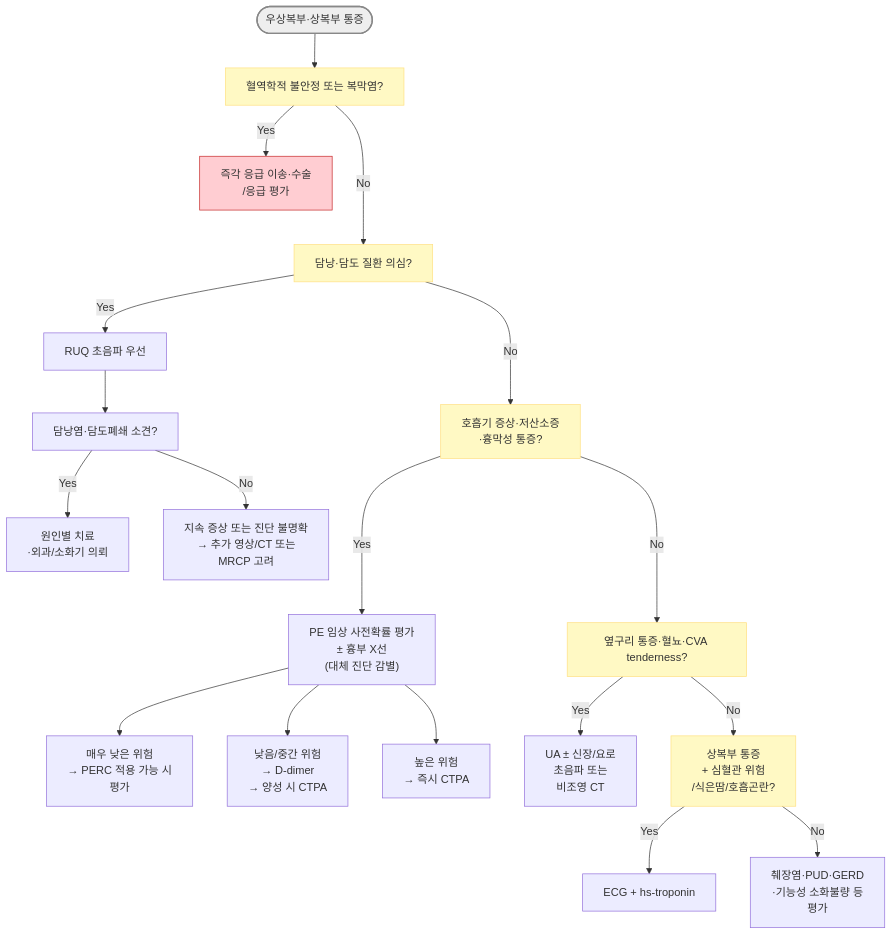
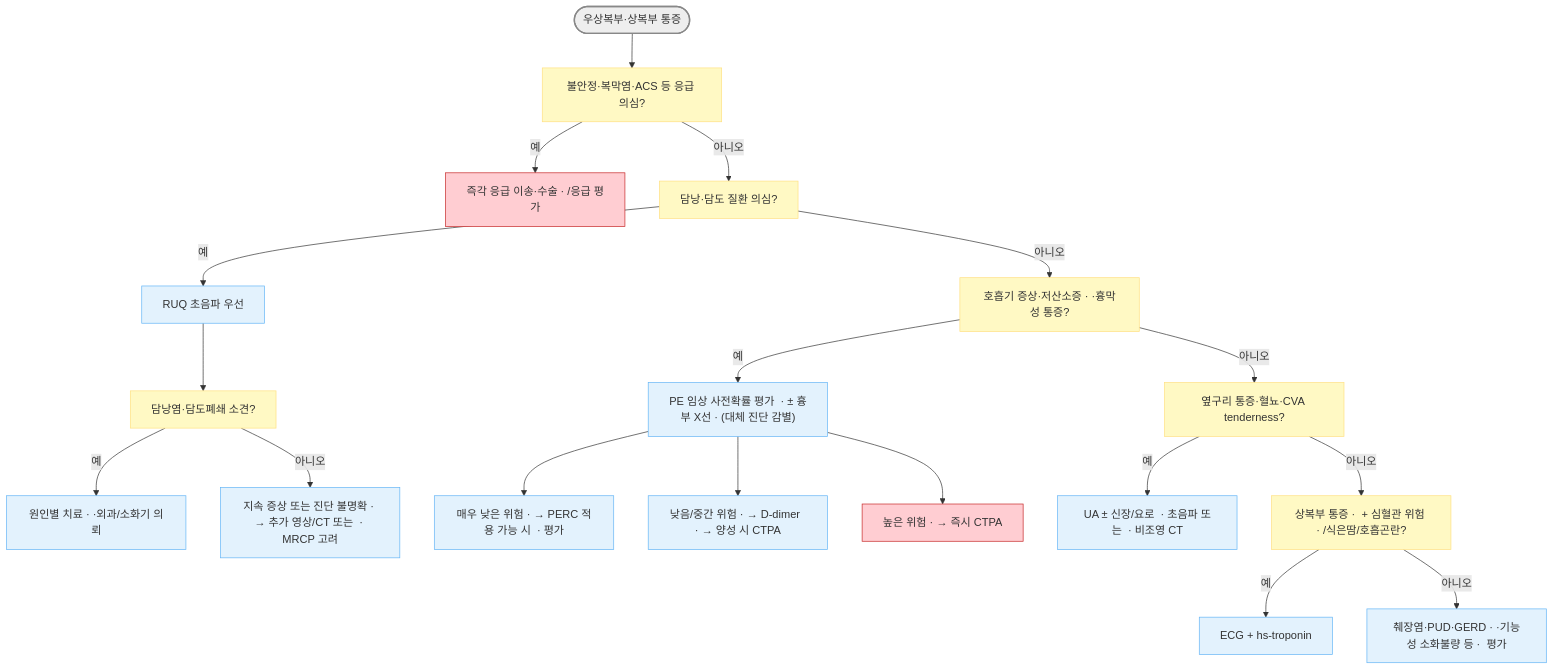
The first of 3 diagrams in 220_/003_-abdominal-pain.md (familyoh77/familyoh77), drawn with Mermaid before and after one commit. The commit also changed other lines of this file and 13 other files, not shown here.

````diff
--- a/220_/003_-abdominal-pain.md
+++ b/220_/003_-abdominal-pain.md
@@ -187,25 +190,28 @@
 ```mermaid
 flowchart TD
-    A([우상복부·상복부 통증]) --> B["혈역학적 불안정 또는 복막염?"]
-    B -- Yes --> C["즉각 응급 이송·수술<br>/응급 평가"]
-    B -- No ---> D["담낭·담도 질환 의심?"]
-    D -- Yes --> E["RUQ 초음파 우선"]
+    A([우상복부·상복부 통증]) --> B["불안정·복막염·ACS 등 응급 의심?"]
+    B -- "예" --> C["즉각 응급 이송·수술 · /응급 평가"]
+    B -- "아니오" --> D["담낭·담도 질환 의심?"]
+    D -- "예" --> E["RUQ 초음파 우선"]
     E --> F["담낭염·담도폐쇄 소견?"]
-    F -- Yes --> G["원인별 치료<br>·외과/소화기 의뢰"]
-    F -- No --> H["지속 증상 또는 진단 불명확<br>→ 추가 영상/CT 또는 <br>MRCP 고려"]
-    D -- No ---> I["호흡기 증상·저산소증<br>·흉막성 통증?"]
-    I -- Yes ---> J["PE 임상 사전확률 평가 <br>± 흉부 X선<br>(대체 진단 감별)"]
-    J --> K["매우 낮은 위험<br>→ PERC 적용 가능 시 <br>평가"]
-    J --> L["낮음/중간 위험<br>→ D-dimer <br>→ 양성 시 CTPA"]
-    J --> R["높은 위험<br>→ 즉시 CTPA"]
-    I -- No ---> M["옆구리 통증·혈뇨·CVA tenderness?"]
-    M -- Yes --> N["UA ± 신장/요로 <br>초음파 또는 <br>비조영 CT"]
-    M -- No --> O["상복부 통증<br> + 심혈관 위험<br>/식은땀/호흡곤란?"]
-    O -- Yes --> P["ECG + hs-troponin"]
-    O -- No --> Q["췌장염·PUD·GERD<br>·기능성 소화불량 등<br> 평가"]
+    F -- "예" --> G["원인별 치료 · ·외과/소화기 의뢰"]
+    F -- "아니오" --> H["`지속 증상 또는 진단 불명확 · → 추가 영상/CT 또는  · MRCP 고려`"]
+    D -- "아니오" --> I["호흡기 증상·저산소증 · ·흉막성 통증?"]
+    I -- "예" --> J["`PE 임상 사전확률 평가  · ± 흉부 X선 · (대체 진단 감별)`"]
+    J --> K["`매우 낮은 위험 · → PERC 적용 가능 시  · 평가`"]
+    J --> L["`낮음/중간 위험 · → D-dimer  · → 양성 시 CTPA`"]
+    J --> R["높은 위험 · → 즉시 CTPA"]
+    I -- "아니오" --> M["옆구리 통증·혈뇨·CVA tenderness?"]
+    M -- "예" --> N["UA ± 신장/요로  · 초음파 또는  · 비조영 CT"]
+    M -- "아니오" --> O["`상복부 통증 ·  + 심혈관 위험 · /식은땀/호흡곤란?`"]
+    O -- "예" --> P["ECG + hs-troponin"]
+    O -- "아니오" --> Q["`췌장염·PUD·GERD · ·기능성 소화불량 등 ·  평가`"]
     classDef red fill:#ffcdd2,stroke:#c62828
     class C red
     classDef yellow fill:#fff9c4,stroke:#ffe082
-    class B,D,I,M,O yellow
+    class B,D,F,I,M,O yellow
+    classDef treatment fill:#e3f2fd,stroke:#64b5f6
+    class E,G,H,J,K,L,N,P,Q treatment
+    class R red
     style A fill:#eeeeee,stroke:#888888,stroke-width:2px
 ```
````
